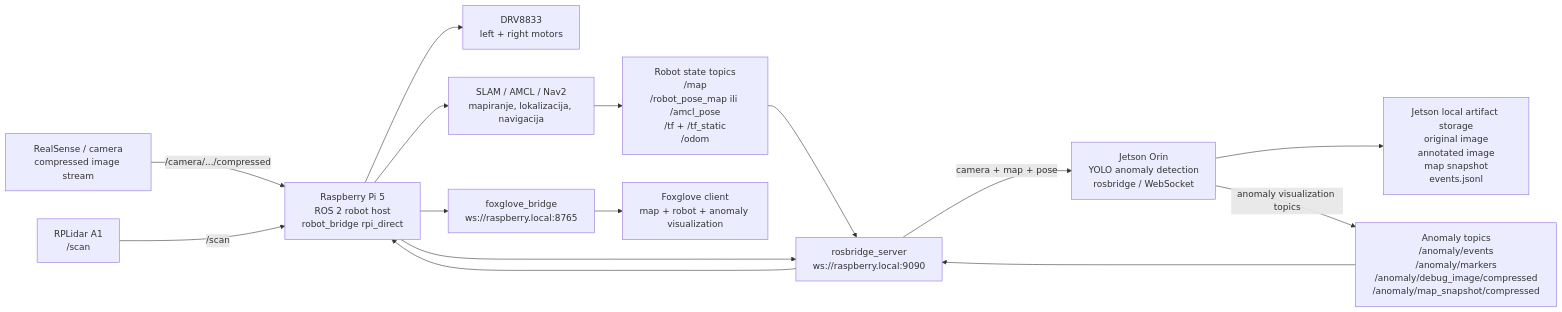
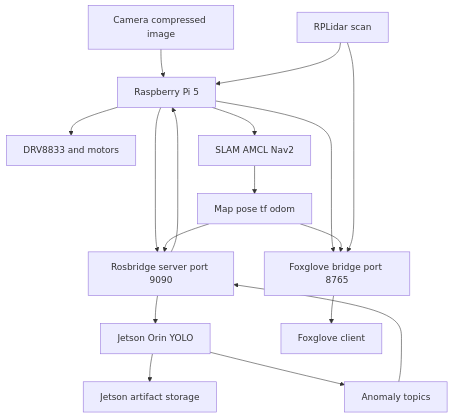
The diagram in ARCHITECTURE_OVERVIEW.md (FilipSijak2/paper), drawn with Mermaid before and after one commit.

Commit message:
Fix architecture Mermaid rendering

````diff
--- a/ARCHITECTURE_OVERVIEW.md
+++ b/ARCHITECTURE_OVERVIEW.md
@@ -31,30 +31,32 @@
 ```mermaid
-flowchart LR
-    CAM["RealSense / camera<br/>compressed image stream"]
-    LIDAR["RPLidar A1<br/>/scan"]
-    RPI["Raspberry Pi 5<br/>ROS 2 robot host<br/>robot_bridge rpi_direct"]
-    MOTOR["DRV8833<br/>left + right motors"]
-    NAV["SLAM / AMCL / Nav2<br/>mapiranje, lokalizacija, navigacija"]
-    ROBOTDATA["Robot state topics<br/>/map<br/>/robot_pose_map ili /amcl_pose<br/>/tf + /tf_static<br/>/odom"]
-    ROSB["rosbridge_server<br/>ws://raspberry.local:9090"]
-    JETSON["Jetson Orin<br/>YOLO anomaly detection<br/>rosbridge / WebSocket"]
-    STORE["Jetson local artifact storage<br/>original image<br/>annotated image<br/>map snapshot<br/>events.jsonl"]
-    ANOM["Anomaly topics<br/>/anomaly/events<br/>/anomaly/markers<br/>/anomaly/debug_image/compressed<br/>/anomaly/map_snapshot/compressed"]
-    FGB["foxglove_bridge<br/>ws://raspberry.local:8765"]
-    FOX["Foxglove client<br/>map + robot + anomaly visualization"]
+flowchart TB
+    CAMERA[Camera compressed image]
+    LIDAR[RPLidar scan]
+    RPI[Raspberry Pi 5]
+    MOTOR[DRV8833 and motors]
+    NAV[SLAM AMCL Nav2]
+    STATE[Map pose tf odom]
+    ROSB[Rosbridge server port 9090]
+    JETSON[Jetson Orin YOLO]
+    STORE[Jetson artifact storage]
+    ANOM[Anomaly topics]
+    FGB[Foxglove bridge port 8765]
+    FOX[Foxglove client]
 
-    CAM -->|"/camera/.../compressed"| RPI
-    LIDAR -->|"/scan"| RPI
+    CAMERA --> RPI
+    LIDAR --> RPI
     RPI --> MOTOR
     RPI --> NAV
-    NAV --> ROBOTDATA
-    ROBOTDATA --> ROSB
+    NAV --> STATE
     RPI --> ROSB
-    ROSB -->|"camera + map + pose"| JETSON
+    STATE --> ROSB
+    ROSB --> JETSON
     JETSON --> STORE
-    JETSON -->|"anomaly visualization topics"| ANOM
+    JETSON --> ANOM
     ANOM --> ROSB
     ROSB --> RPI
     RPI --> FGB
+    STATE --> FGB
+    LIDAR --> FGB
     FGB --> FOX
 ```
````
